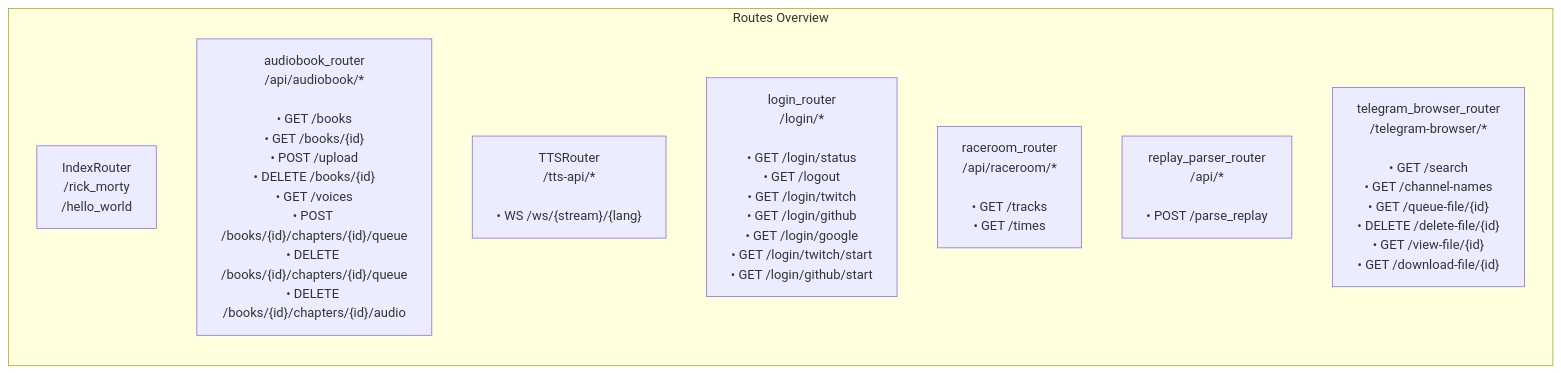
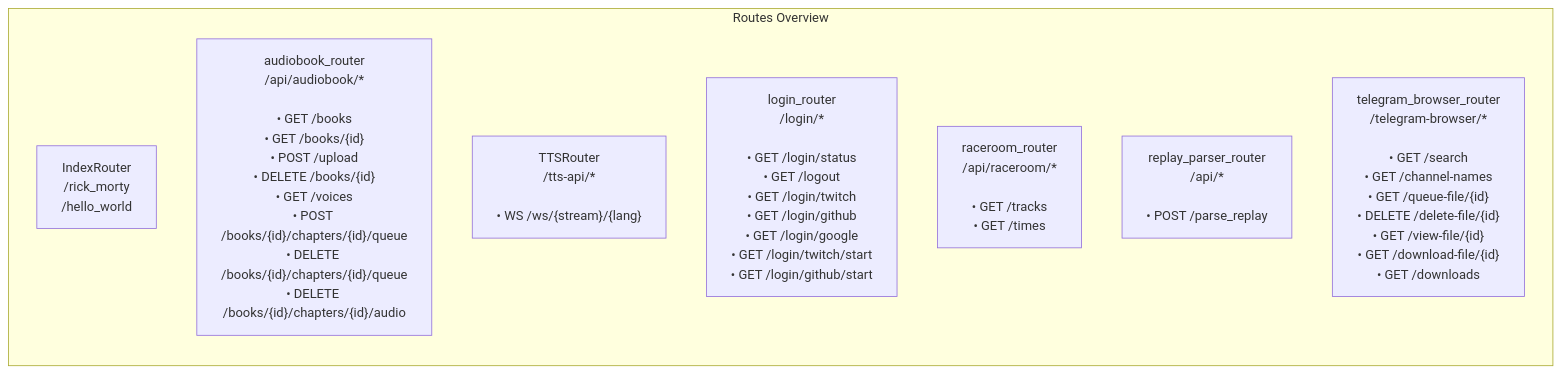
The seventh of 7 diagrams in fastapi_server/README.md (BurnySc2/monorepo), drawn with Mermaid before and after one commit. The commit also changed 9 other files, not shown here.

Commit message:
Update frontend for telegram browser

````diff
--- a/fastapi_server/README.md
+++ b/fastapi_server/README.md
@@ -276,13 +276,13 @@
 ```mermaid
 flowchart LR
     subgraph Routes["Routes Overview"]
         direction TB
         index["IndexRouter<br/>/rick_morty<br/>/hello_world"]
         audiobook["audiobook_router<br/>/api/audiobook/*<br/><br/>• GET /books<br/>• GET /books/{id}<br/>• POST /upload<br/>• DELETE /books/{id}<br/>• GET /voices<br/>• POST /books/{id}/chapters/{id}/queue<br/>• DELETE /books/{id}/chapters/{id}/queue<br/>• DELETE /books/{id}/chapters/{id}/audio"]
         tts["TTSRouter<br/>/tts-api/*<br/><br/>• WS /ws/{stream}/{lang}"]
         login["login_router<br/>/login/*<br/><br/>• GET /login/status<br/>• GET /logout<br/>• GET /login/twitch<br/>• GET /login/github<br/>• GET /login/google<br/>• GET /login/twitch/start<br/>• GET /login/github/start"]
         raceroom["raceroom_router<br/>/api/raceroom/*<br/><br/>• GET /tracks<br/>• GET /times"]
         replay["replay_parser_router<br/>/api/*<br/><br/>• POST /parse_replay"]
-        telegram["telegram_browser_router<br/>/telegram-browser/*<br/><br/>• GET /search<br/>• GET /channel-names<br/>• GET /queue-file/{id}<br/>• DELETE /delete-file/{id}<br/>• GET /view-file/{id}<br/>• GET /download-file/{id}"]
+        telegram["telegram_browser_router<br/>/telegram-browser/*<br/><br/>• GET /search<br/>• GET /channel-names<br/>• GET /queue-file/{id}<br/>• DELETE /delete-file/{id}<br/>• GET /view-file/{id}<br/>• GET /download-file/{id}<br/>• GET /downloads"]
     end
 ```
````
